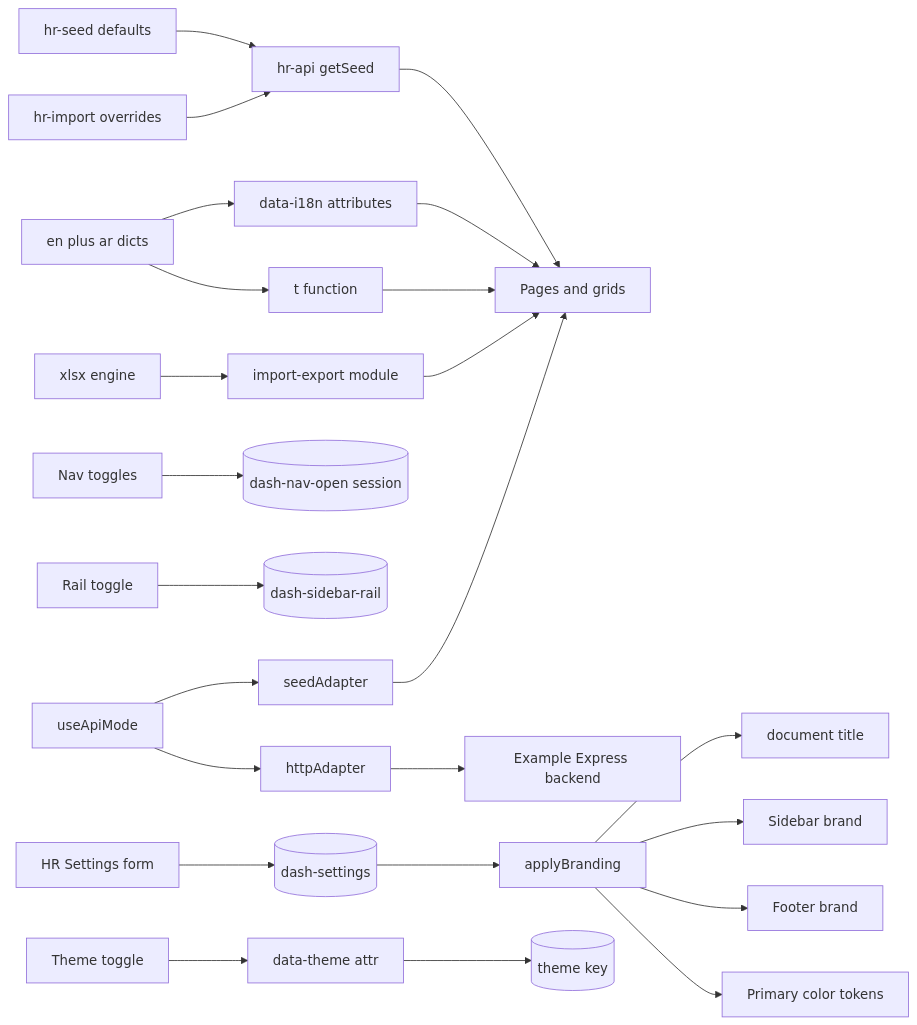
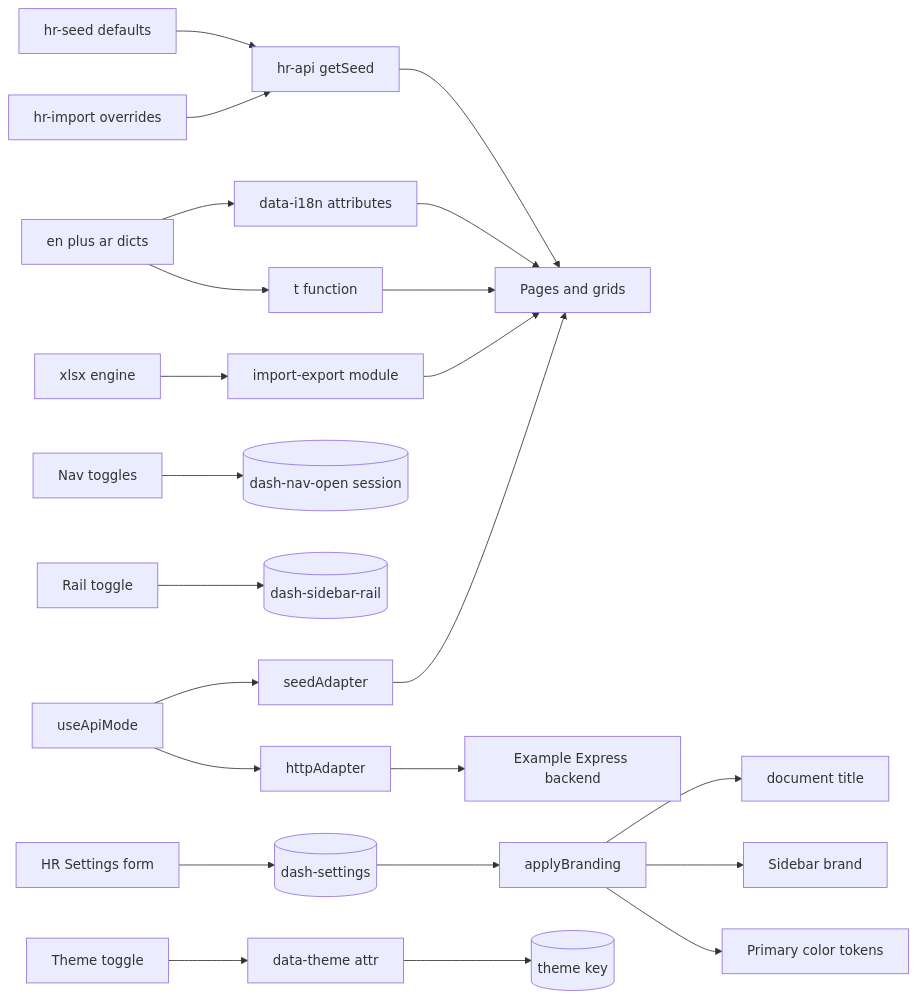
The sixth of 8 diagrams in docs/architecture-blueprint.md (ar4web/Dash), drawn with Mermaid before and after one commit. The commit also changed other lines of this file and 12 other files, not shown here.

First line of the commit message:
Remove shell footer chrome (brand + version labels)

````diff
--- a/docs/architecture-blueprint.md
+++ b/docs/architecture-blueprint.md
@@ -296,26 +291,25 @@
 ```mermaid
 flowchart LR
     SEED[hr-seed defaults] --> HAPI[hr-api getSeed]
     IMP[hr-import overrides] --> HAPI
     HAPI --> PG[Pages and grids]
     SET[HR Settings form] --> ST[(dash-settings)]
     ST --> BR[applyBranding]
     BR --> TI[document title]
     BR --> SB[Sidebar brand]
-    BR --> FT[Footer brand]
     BR --> PC[Primary color tokens]
     D18N[en plus ar dicts] --> DA[data-i18n attributes]
     D18N --> TF[t function]
     DA --> PG
     TF --> PG
     THBTN[Theme toggle] --> DT[data-theme attr]
     DT --> LS[(theme key)]
     NAVT[Nav toggles] --> NS[(dash-nav-open session)]
     RAILT[Rail toggle] --> RS[(dash-sidebar-rail)]
     MODE[useApiMode] --> SAD[seedAdapter]
     MODE --> HAD[httpAdapter]
     SAD --> PG
     HAD --> BE[Example Express backend]
     XX[xlsx engine] --> IE[import-export module]
     IE --> PG
 ```
````
